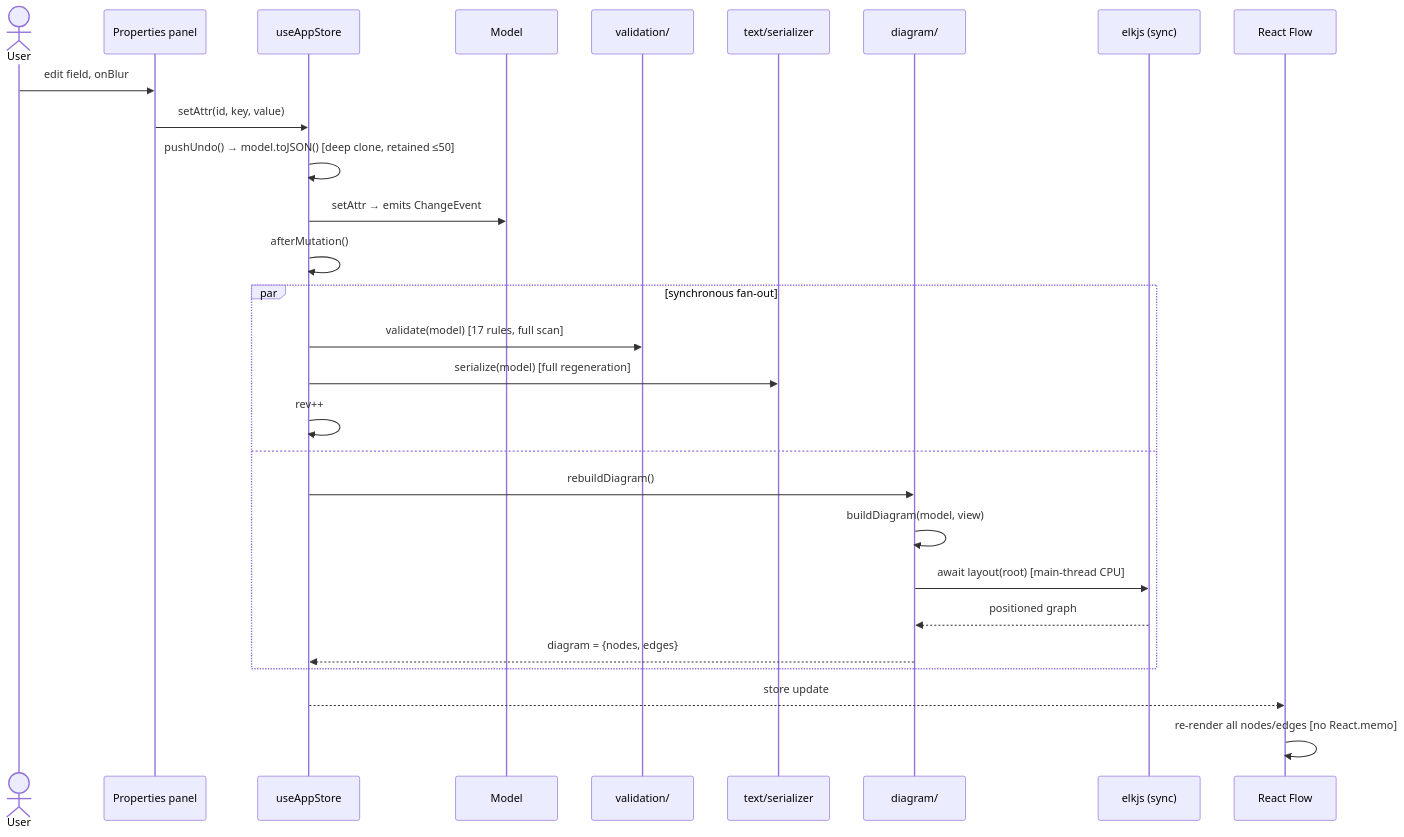
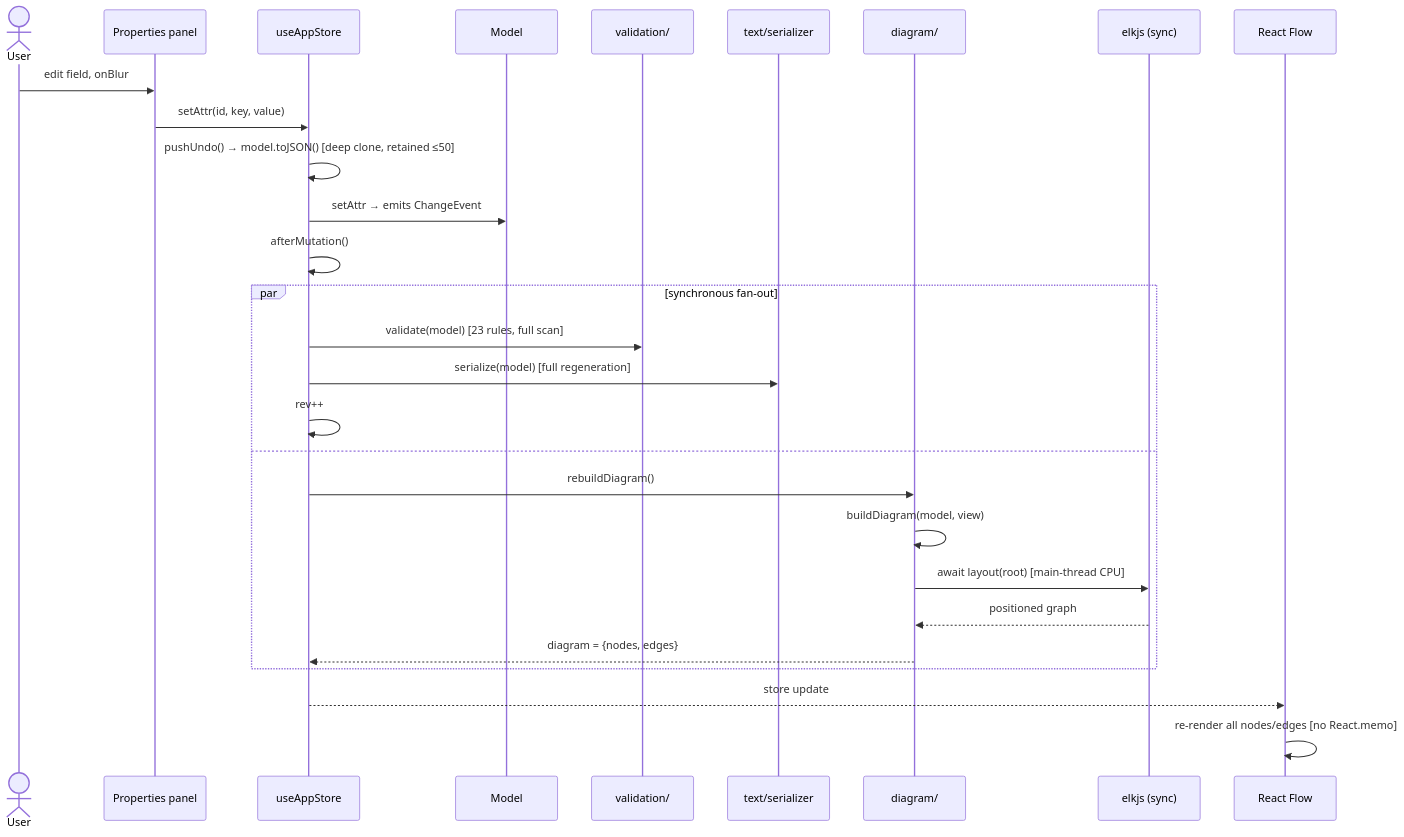
One commit to cosmindxu/sysprose changed the second of 8 diagrams in docs/architecture/06-sequence-diagrams.md. Above: the diagram before and after it, drawn with Mermaid. The commit also changed 7 other files, not shown here.

````diff
--- a/docs/architecture/06-sequence-diagrams.md
+++ b/docs/architecture/06-sequence-diagrams.md
@@ -30,31 +30,31 @@
 ```mermaid
 sequenceDiagram
     actor U as User
     participant P as Properties panel
     participant S as useAppStore
     participant M as Model
     participant V as validation/
     participant T as text/serializer
     participant D as diagram/
     participant ELK as elkjs (sync)
     participant RF as React Flow
 
     U->>P: edit field, onBlur
     P->>S: setAttr(id, key, value)
     S->>S: pushUndo() → model.toJSON() [deep clone, retained ≤50]
     S->>M: setAttr → emits ChangeEvent
     S->>S: afterMutation()
     par synchronous fan-out
-        S->>V: validate(model) [17 rules, full scan]
+        S->>V: validate(model) [23 rules, full scan]
         S->>T: serialize(model) [full regeneration]
         S->>S: rev++
     and
         S->>D: rebuildDiagram()
         D->>D: buildDiagram(model, view)
         D->>ELK: await layout(root) [main-thread CPU]
         ELK-->>D: positioned graph
         D-->>S: diagram = {nodes, edges}
     end
     S-->>RF: store update
     RF->>RF: re-render all nodes/edges [no React.memo]
 ```
````
